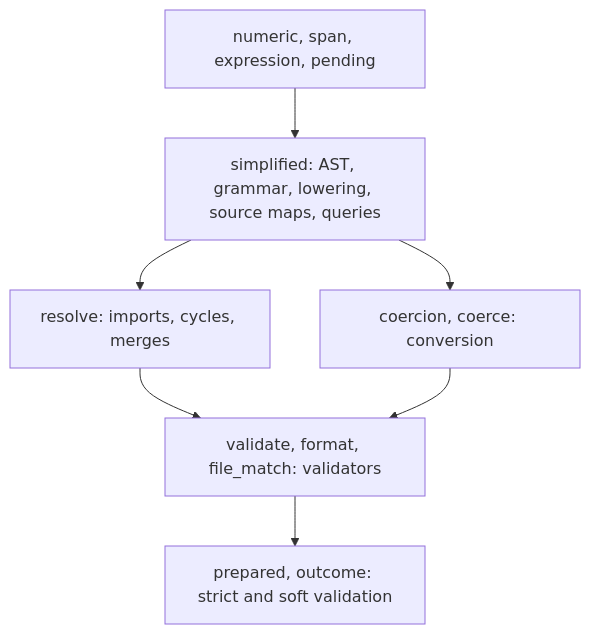
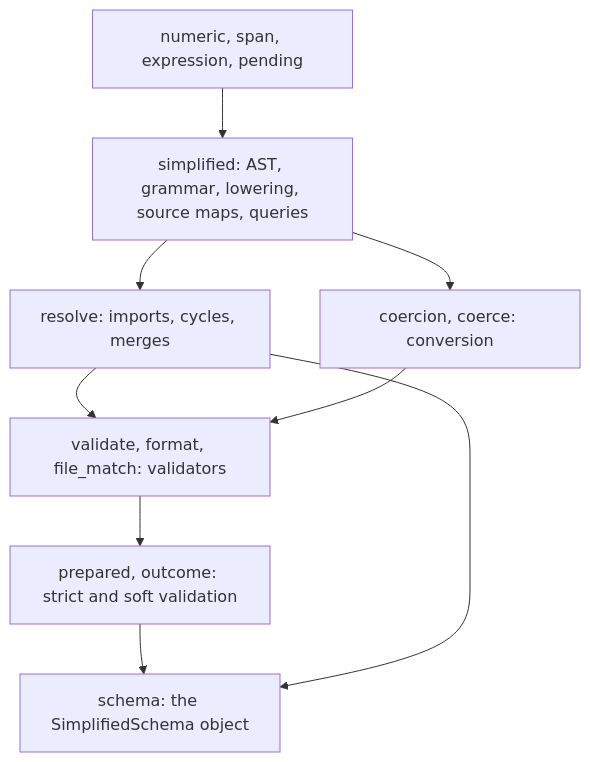
One commit to yankeeinlondon/rusty-biscuit changed the diagram in simplified-schema/docs/topics/language-core.md. Above: the diagram before and after it, drawn with Mermaid. The commit also changed other lines of this file and 298 other files, not shown here.

First line of the commit message:
refactor: complete simplified schema consumer migration

````diff
--- a/simplified-schema/docs/topics/language-core.md
+++ b/simplified-schema/docs/topics/language-core.md
@@ -22,15 +22,18 @@
 ```mermaid
 flowchart TD
     foundations["numeric, span, expression, pending"]
     simplified["simplified: AST, grammar, lowering, source maps, queries"]
     resolve["resolve: imports, cycles, merges"]
     coercion["coercion, coerce: conversion"]
     validate["validate, format, file_match: validators"]
     prepared["prepared, outcome: strict and soft validation"]
+    object["schema: the SimplifiedSchema object"]
     foundations --> simplified
     simplified --> resolve
     simplified --> coercion
     resolve --> validate
     coercion --> validate
     validate --> prepared
+    prepared --> object
+    resolve --> object
 ```
````
